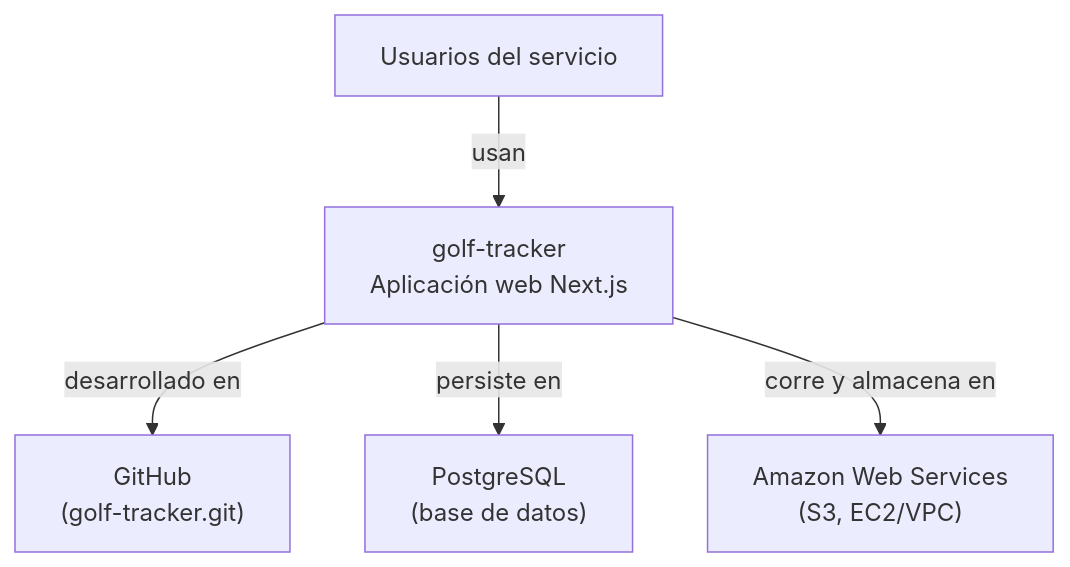
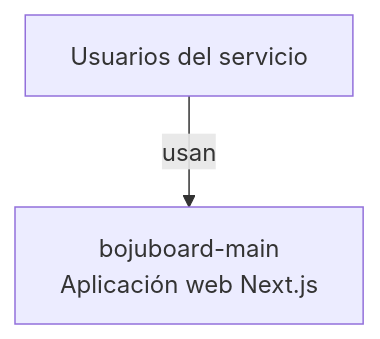
Before and after one commit to Andiso67/vibeaudit: the diagram in dashboard/public/deliverables/c4-context.mmd, drawn with Mermaid. The commit also changed 11 other files, not shown here.

Commit message:
CI nativo (item 2 Sprint 6): workflow GitHub Actions de auditoria solo lectura con artefactos (reporte, sonar-issues, historial); publica datos E2E de bojuboard en el dashboard; tests 319

````diff
--- a/dashboard/public/deliverables/c4-context.mmd
+++ b/dashboard/public/deliverables/c4-context.mmd
@@ -1,12 +1,6 @@
 ```mermaid
 flowchart TD
-    SYS["golf-tracker<br/>Aplicación web Next.js"]
+    SYS["bojuboard-main<br/>Aplicación web Next.js"]
     U["Usuarios del servicio"]
     U -->|usan| SYS
-    GH["GitHub<br/>(golf-tracker.git)"]
-    SYS -->|desarrollado en| GH
-    DB["PostgreSQL<br/>(base de datos)"]
-    SYS -->|persiste en| DB
-    AWS["Amazon Web Services<br/>(S3, EC2/VPC)"]
-    SYS -->|corre y almacena en| AWS
 ```
````
